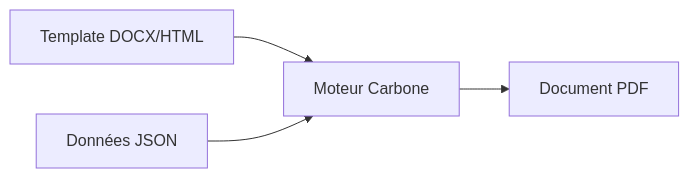
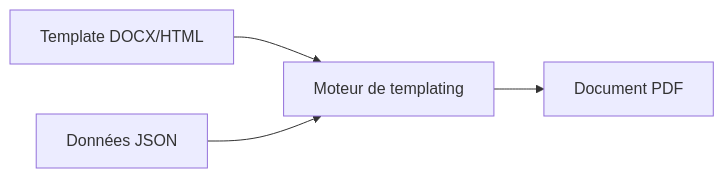
The diagram in documentations/gestion-documentaire/template-document/01-introduction.md (rtssolutions/documentation), drawn with Mermaid before and after one commit. The commit also changed other lines of this file and 31 other files, not shown here.

````diff
--- a/documentations/gestion-documentaire/template-document/01-introduction.md
+++ b/documentations/gestion-documentaire/template-document/01-introduction.md
@@ -18,6 +18,6 @@
 ```mermaid "max-w-2xl"
 graph LR
-    T[Template DOCX/HTML] --> M[Moteur Carbone]
+    T[Template DOCX/HTML] --> M[Moteur de templating]
     D[Données JSON] --> M
     M --> P[Document PDF]
 ```
````
